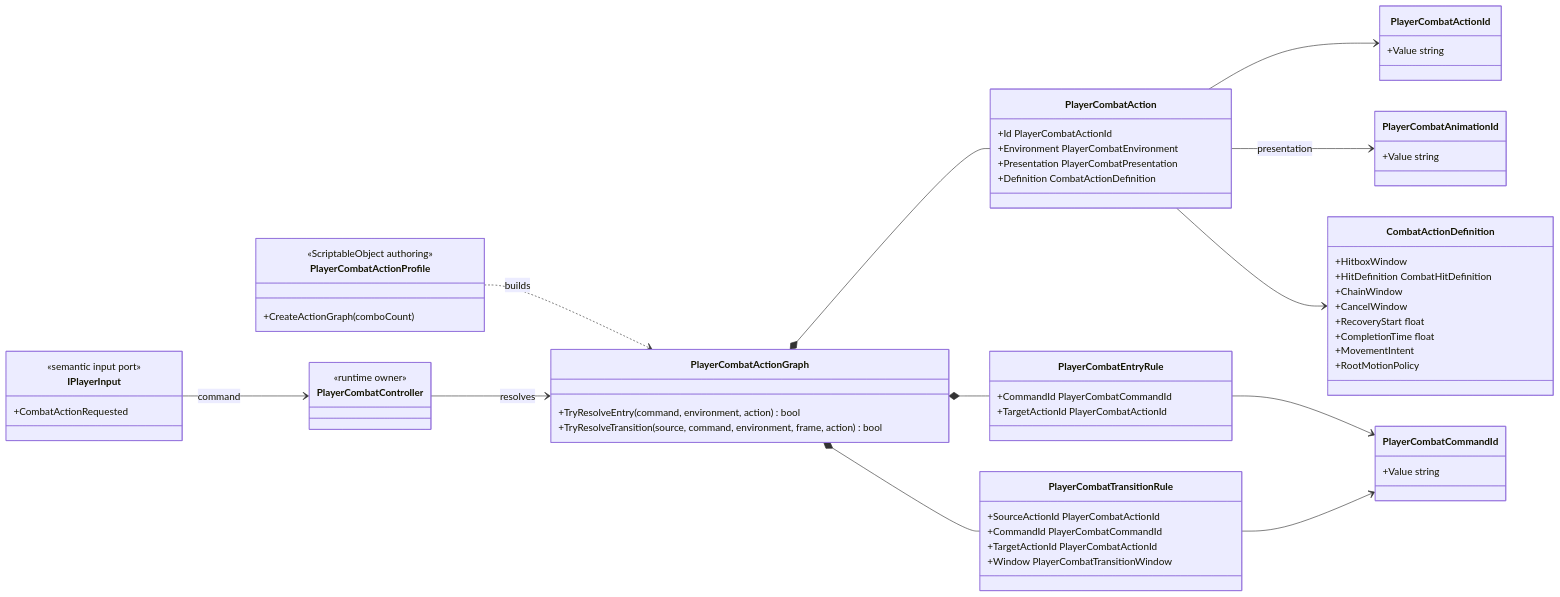
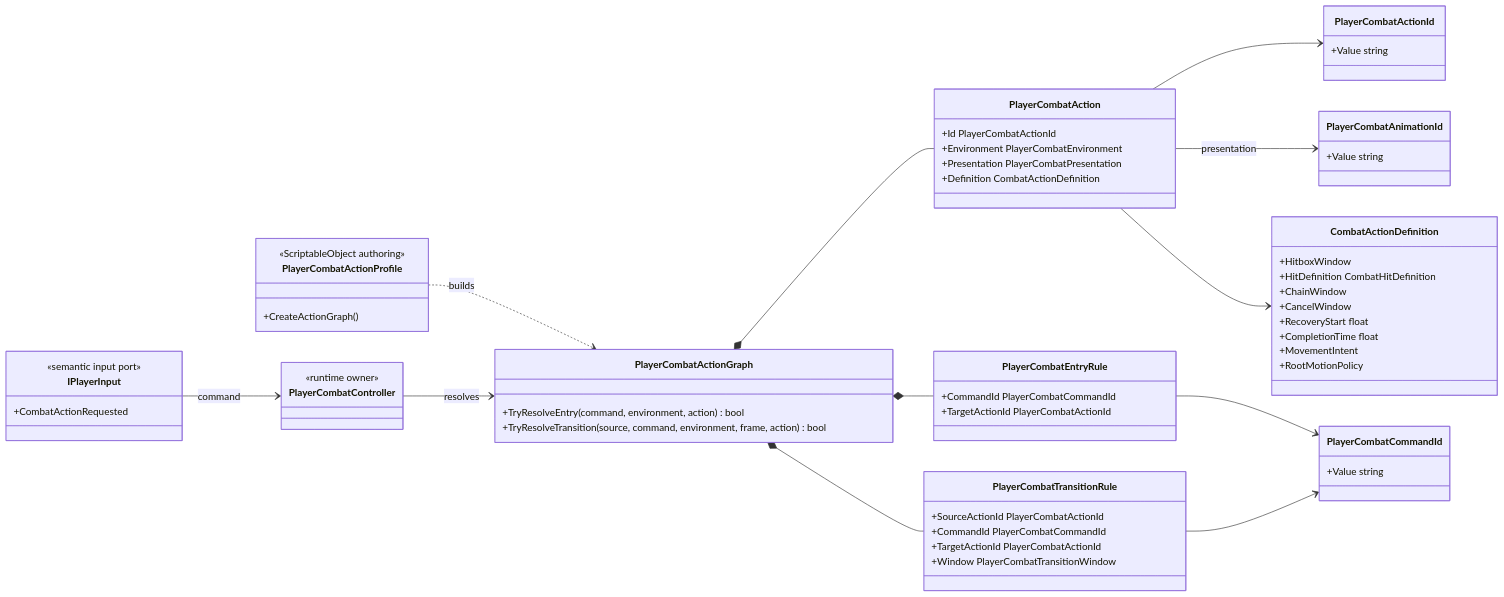
One commit to MaximFonariuc/project-s changed the diagram in Docs/Architecture/Combat.ActionModel.md. Above: the diagram before and after it, drawn with Mermaid. The commit also changed other lines of this file and 10 other files, not shown here.

````diff
--- a/Docs/Architecture/Combat.ActionModel.md
+++ b/Docs/Architecture/Combat.ActionModel.md
@@ -11,67 +11,67 @@
 ```mermaid
 classDiagram
     direction LR
 
     class PlayerCombatCommandId {
         +Value string
     }
     class PlayerCombatActionId {
         +Value string
     }
     class PlayerCombatAnimationId {
         +Value string
     }
     class PlayerCombatAction {
         +Id PlayerCombatActionId
         +Environment PlayerCombatEnvironment
         +Presentation PlayerCombatPresentation
         +Definition CombatActionDefinition
     }
     class PlayerCombatActionGraph {
         +TryResolveEntry(command, environment, action) bool
         +TryResolveTransition(source, command, environment, frame, action) bool
     }
     class PlayerCombatEntryRule {
         +CommandId PlayerCombatCommandId
         +TargetActionId PlayerCombatActionId
     }
     class PlayerCombatTransitionRule {
         +SourceActionId PlayerCombatActionId
         +CommandId PlayerCombatCommandId
         +TargetActionId PlayerCombatActionId
         +Window PlayerCombatTransitionWindow
     }
     class CombatActionDefinition {
         +HitboxWindow
         +HitDefinition CombatHitDefinition
         +ChainWindow
         +CancelWindow
         +RecoveryStart float
         +CompletionTime float
         +MovementIntent
         +RootMotionPolicy
     }
     class PlayerCombatActionProfile {
         <<ScriptableObject authoring>>
-        +CreateActionGraph(comboCount)
+        +CreateActionGraph()
     }
     class PlayerCombatController {
         <<runtime owner>>
     }
     class IPlayerInput {
         <<semantic input port>>
         +CombatActionRequested
     }
 
     PlayerCombatActionGraph *-- PlayerCombatAction
     PlayerCombatActionGraph *-- PlayerCombatEntryRule
     PlayerCombatActionGraph *-- PlayerCombatTransitionRule
     PlayerCombatAction --> PlayerCombatActionId
     PlayerCombatAction --> PlayerCombatAnimationId : presentation
     PlayerCombatAction --> CombatActionDefinition
     PlayerCombatEntryRule --> PlayerCombatCommandId
     PlayerCombatTransitionRule --> PlayerCombatCommandId
     PlayerCombatActionProfile ..> PlayerCombatActionGraph : builds
     IPlayerInput --> PlayerCombatController : command
     PlayerCombatController --> PlayerCombatActionGraph : resolves
 ```
````
